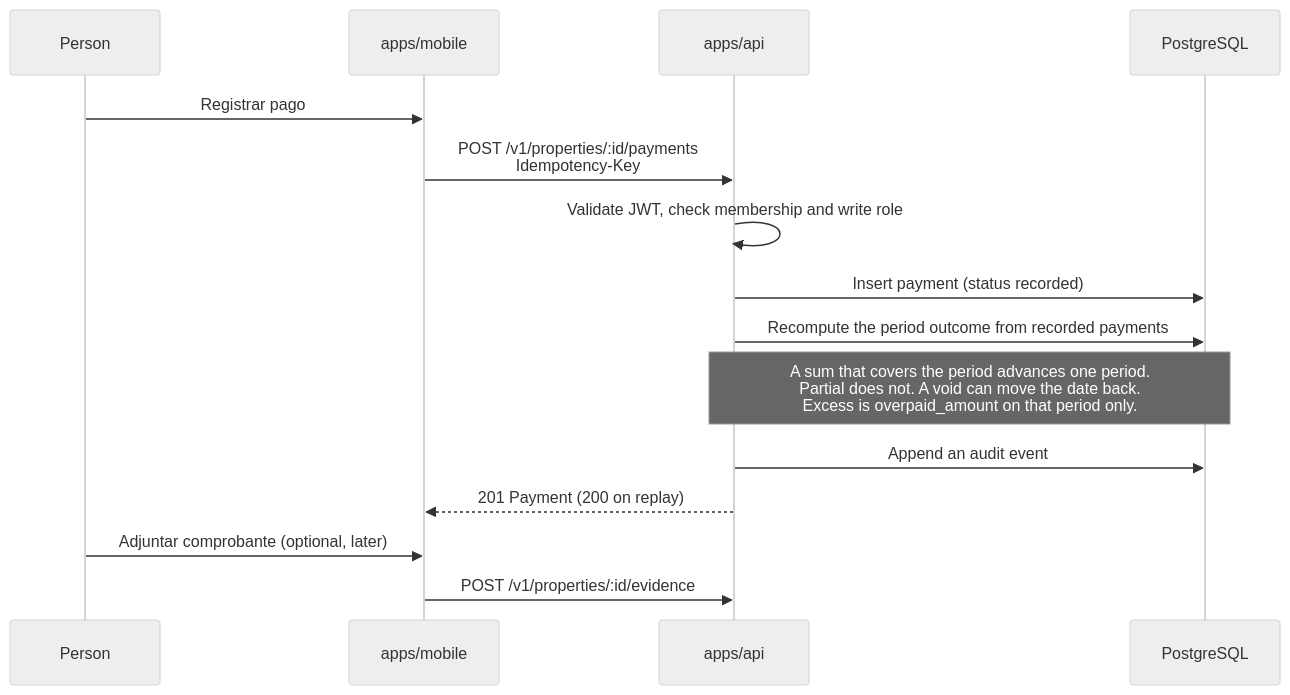
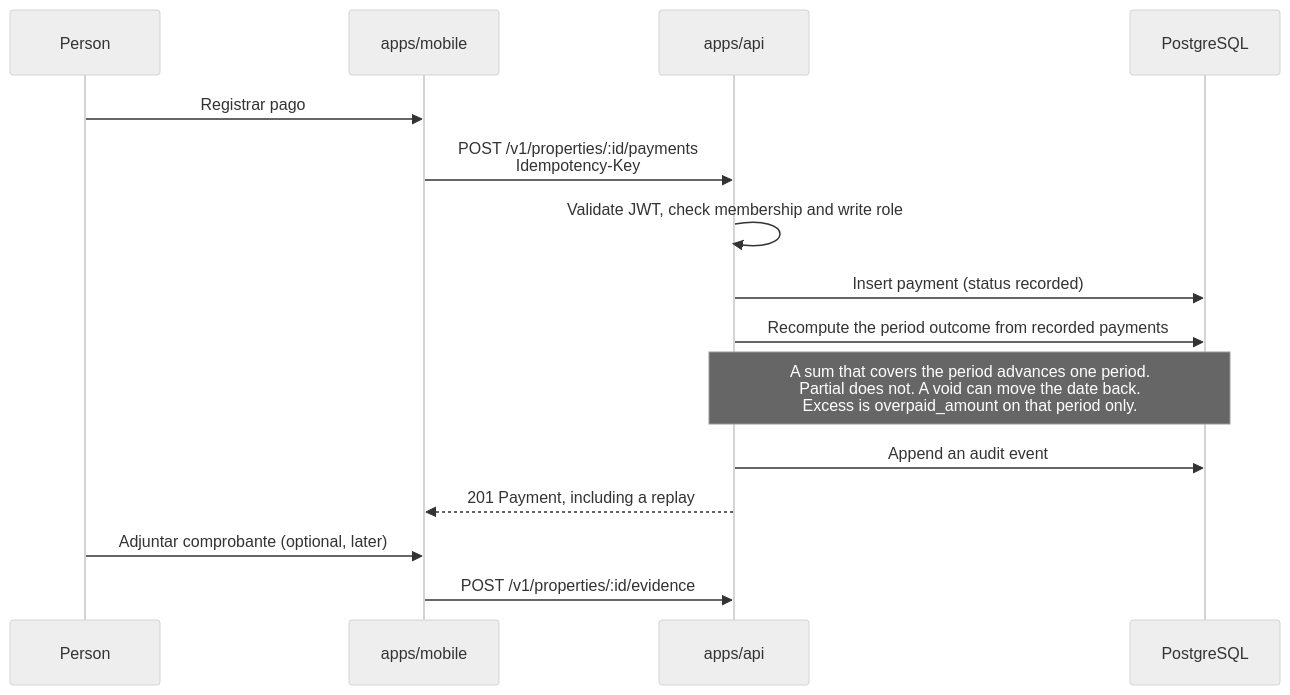
One commit to VahagnCh/property-control changed the second of 3 diagrams in docs/ARCHITECTURE.md. Above: the diagram before and after it, drawn with Mermaid (neutral theme). The commit also changed 19 other files, not shown here.

````diff
--- a/docs/ARCHITECTURE.md
+++ b/docs/ARCHITECTURE.md
@@ -80,18 +80,18 @@
 ```mermaid
 sequenceDiagram
   participant U as Person
   participant M as apps/mobile
   participant A as apps/api
   participant D as PostgreSQL
 
   U->>M: Registrar pago
   M->>A: POST /v1/properties/:id/payments<br/>Idempotency-Key
   A->>A: Validate JWT, check membership and write role
   A->>D: Insert payment (status recorded)
   A->>D: Recompute the period outcome from recorded payments
   Note over A,D: A sum that covers the period advances one period.<br/>Partial does not. A void can move the date back.<br/>Excess is overpaid_amount on that period only.
   A->>D: Append an audit event
-  A-->>M: 201 Payment (200 on replay)
+  A-->>M: 201 Payment, including a replay
   U->>M: Adjuntar comprobante (optional, later)
   M->>A: POST /v1/properties/:id/evidence
 ```
````
